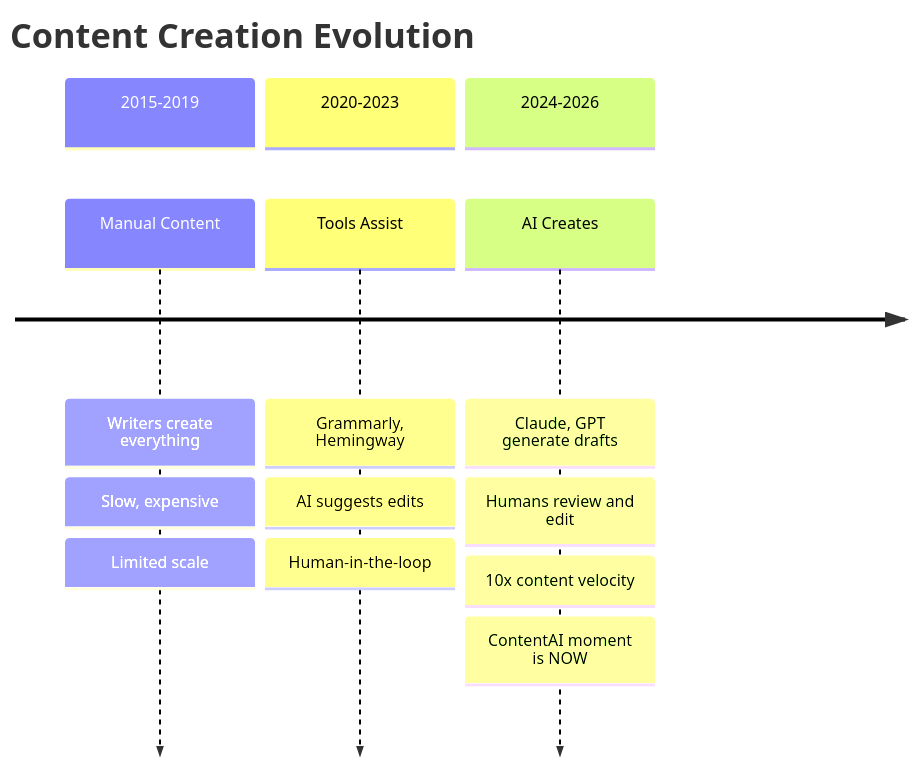
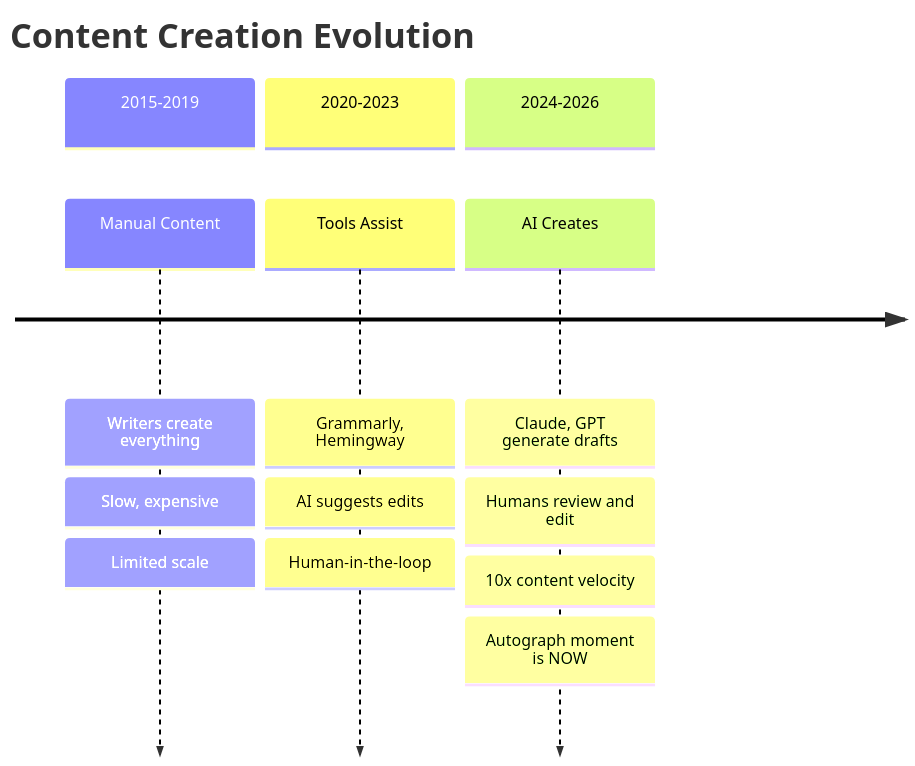
The first of 6 diagrams in DevOps/01-Product/02-Market-Context.md (PearlThoughtsInternship/Internship-Obsidian-Vault), drawn with Mermaid before and after one commit. The commit also changed other lines of this file and 8 other files, not shown here.

First line of the commit message:
rebrand: Complete ContentAI → Autograph rename across all docs

````diff
--- a/DevOps/01-Product/02-Market-Context.md
+++ b/DevOps/01-Product/02-Market-Context.md
@@ -21,17 +21,17 @@
 ```mermaid
 timeline
     title Content Creation Evolution
     section 2015-2019
         Manual Content : Writers create everything
                        : Slow, expensive
                        : Limited scale
     section 2020-2023
         Tools Assist : Grammarly, Hemingway
                     : AI suggests edits
                     : Human-in-the-loop
     section 2024-2026
         AI Creates : Claude, GPT generate drafts
                    : Humans review and edit
                    : 10x content velocity
-                   : ContentAI moment is NOW
+                   : Autograph moment is NOW
 ```
````
